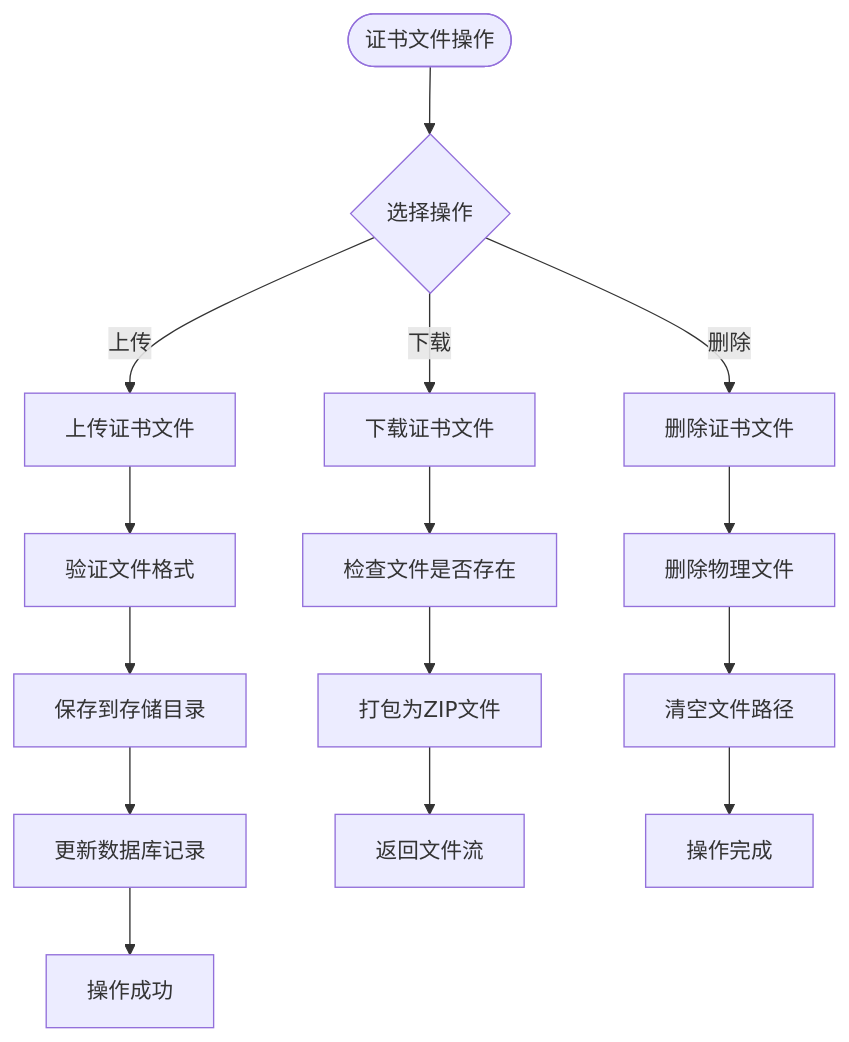
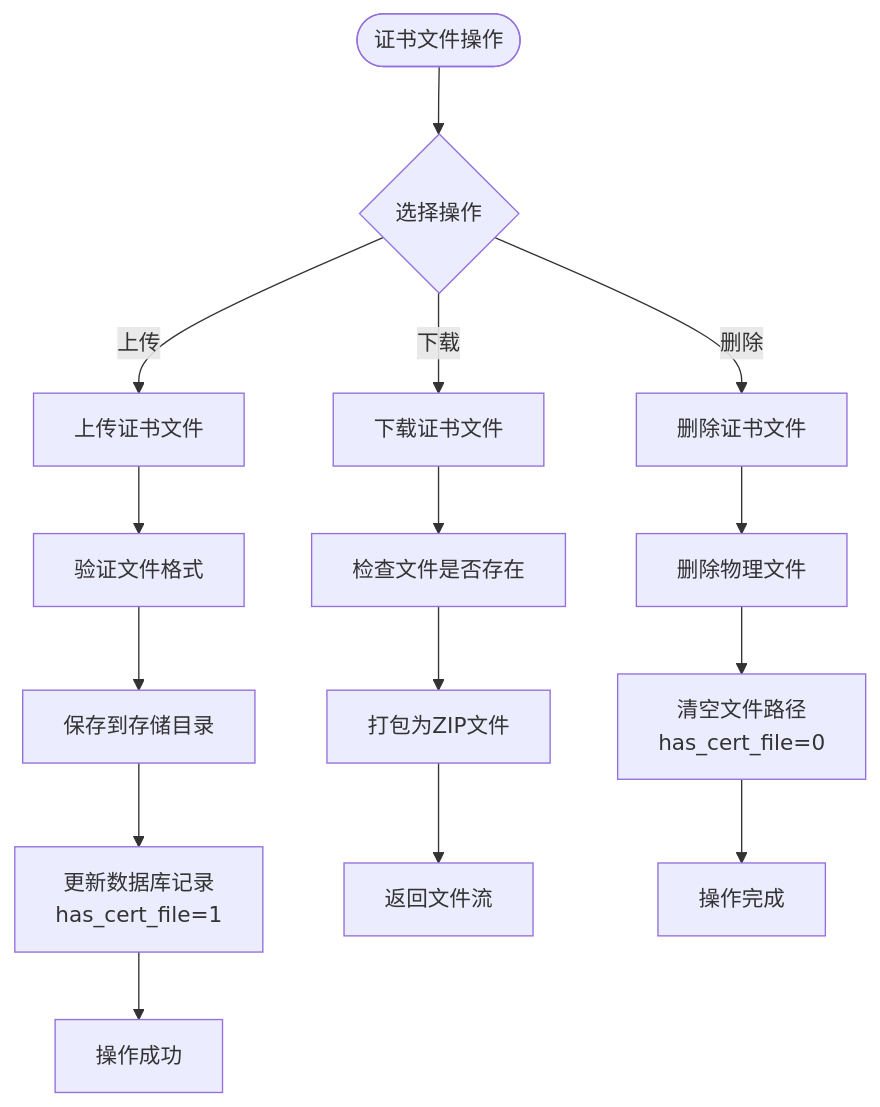
Before and after one commit to ismine3/OPS: the sixth of 12 diagrams in .qoder/repowiki/zh/content/核心功能模块/证书管理模块.md, drawn with Mermaid. The commit also changed other lines of this file and 13 other files, not shown here.

````diff
--- a/.qoder/repowiki/zh/content/核心功能模块/证书管理模块.md
+++ b/.qoder/repowiki/zh/content/核心功能模块/证书管理模块.md
@@ -266,17 +271,17 @@
 ```mermaid
 flowchart TD
 Start(["证书文件操作"]) --> Choice{"选择操作"}
 Choice --> |上传| Upload["上传证书文件"]
 Choice --> |下载| Download["下载证书文件"]
 Choice --> |删除| Delete["删除证书文件"]
 Upload --> Validate["验证文件格式"]
 Validate --> Save["保存到存储目录"]
-Save --> UpdateDB["更新数据库记录"]
+Save --> UpdateDB["更新数据库记录<br/>has_cert_file=1"]
 UpdateDB --> Success["操作成功"]
 Download --> CheckFile["检查文件是否存在"]
 CheckFile --> CreateZip["打包为ZIP文件"]
 CreateZip --> SendFile["返回文件流"]
 Delete --> RemoveFile["删除物理文件"]
-RemoveFile --> ClearDB["清空文件路径"]
+RemoveFile --> ClearDB["清空文件路径<br/>has_cert_file=0"]
 ClearDB --> Done["操作完成"]
 ```
````
